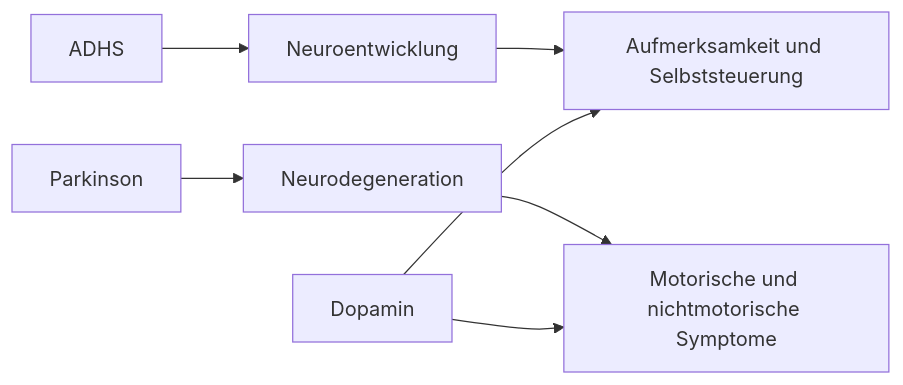
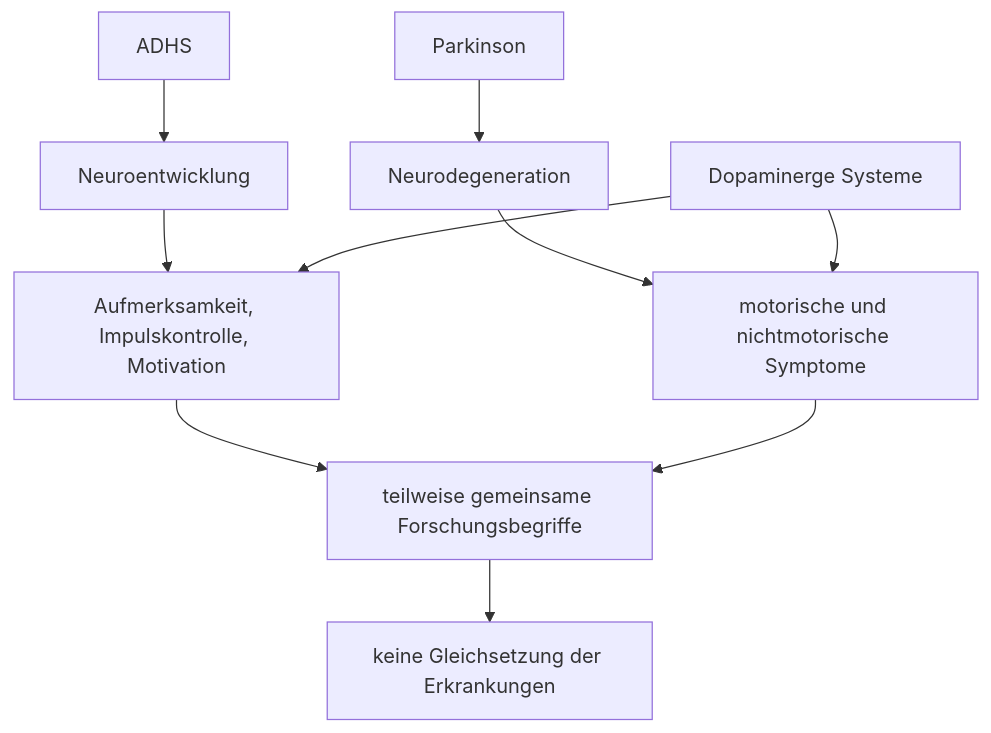
The diagram in 02-Vertiefung/03-Parkinson-ADHS-mechanistische-Vergleiche-und-Grenzen.md (H234598/ADHS-Lernpfad), drawn with Mermaid before and after one commit. The commit also changed other lines of this file and 18 other files, not shown here.

````diff
--- a/02-Vertiefung/03-Parkinson-ADHS-mechanistische-Vergleiche-und-Grenzen.md
+++ b/02-Vertiefung/03-Parkinson-ADHS-mechanistische-Vergleiche-und-Grenzen.md
@@ -42,9 +46,12 @@
 ```mermaid
-flowchart LR
-A[ADHS] --> B[Neuroentwicklung]
-B --> C[Aufmerksamkeit und Selbststeuerung]
-D[Parkinson] --> E[Neurodegeneration]
-E --> F[Motorische und nichtmotorische Symptome]
-G[Dopamin] --> C
-G --> F
+flowchart TD
+  A[ADHS] --> B[Neuroentwicklung]
+  B --> C[Aufmerksamkeit, Impulskontrolle, Motivation]
+  P[Parkinson] --> N[Neurodegeneration]
+  N --> M[motorische und nichtmotorische Symptome]
+  D[Dopaminerge Systeme] --> C
+  D --> M
+  C --> G[teilweise gemeinsame Forschungsbegriffe]
+  M --> G
+  G --> X[keine Gleichsetzung der Erkrankungen]
 ```
````
